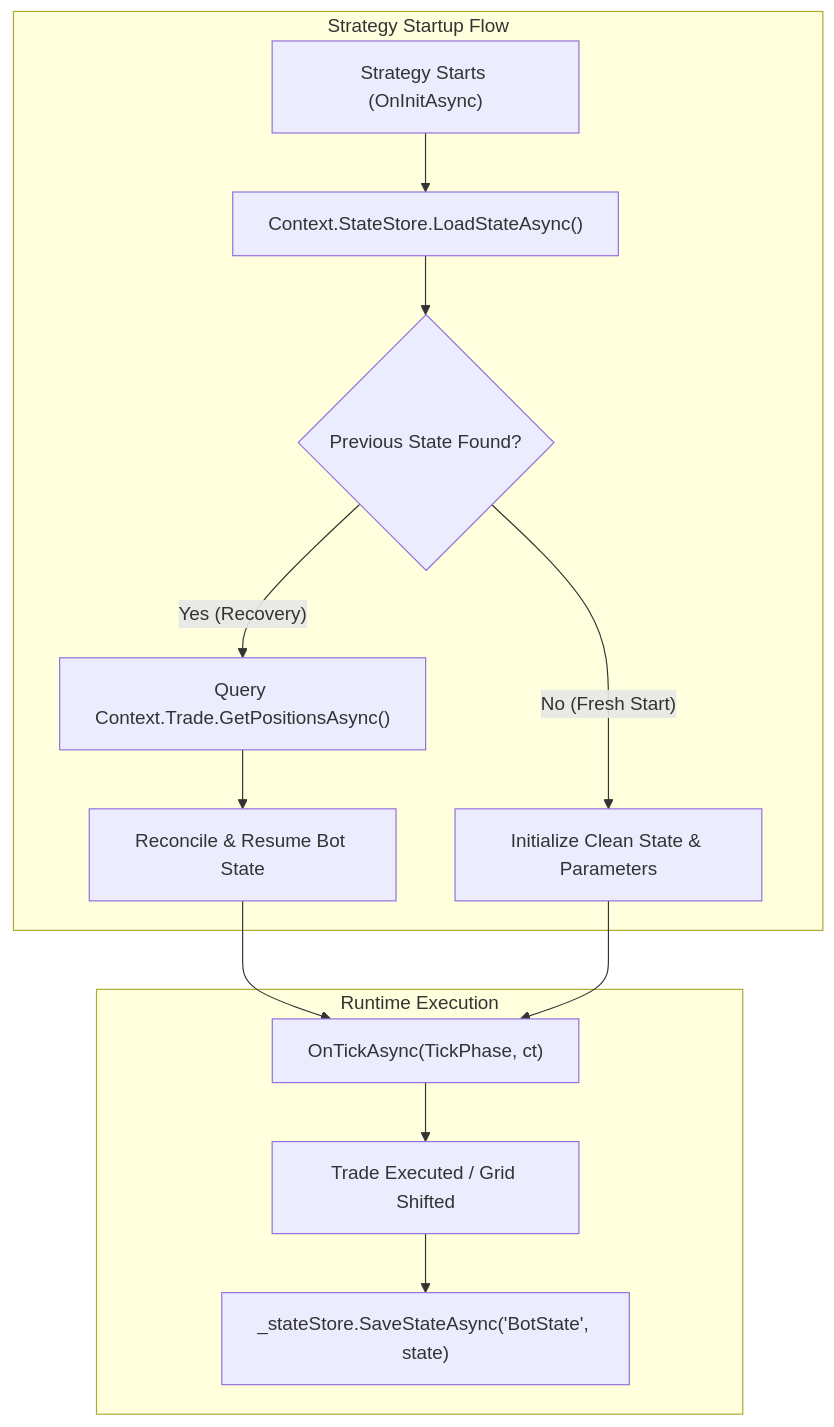
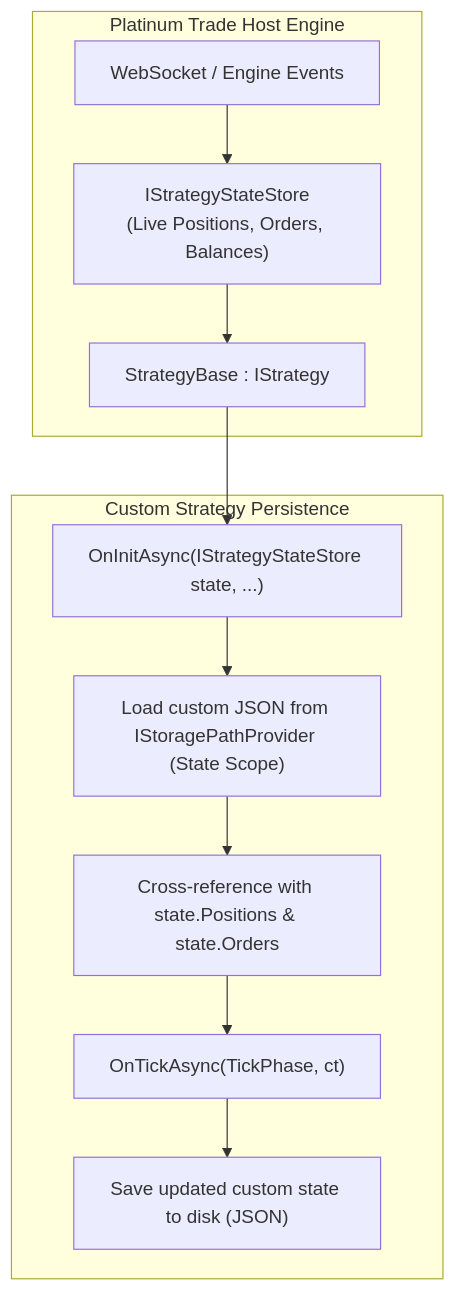
The diagram in docs/sdk/guides/state-persistence.md (vntradesoft/PlatinumTrade.Docs), drawn with Mermaid before and after one commit. The commit also changed other lines of this file, not shown here.

Commit message:
docs: clarify IStrategyStateStore vs IStoragePathProvider in state persistence guide

````diff
--- a/docs/sdk/guides/state-persistence.md
+++ b/docs/sdk/guides/state-persistence.md
@@ -19,19 +21,15 @@
 ```mermaid
 flowchart TD
-    subgraph StrategyLifecycle["Strategy Startup Flow"]
-        Start["Strategy Starts (OnInitAsync)"] --> LoadState["Context.StateStore.LoadStateAsync<MyBotState>()"]
-        LoadState --> HasState{"Previous State Found?"}
-        
-        HasState -- Yes (Recovery) --> SyncExchange["Query Context.Trade.GetPositionsAsync()"]
-        SyncExchange --> Reconcile["Reconcile & Resume Bot State"]
-        
-        HasState -- No (Fresh Start) --> InitFresh["Initialize Clean State & Parameters"]
+    subgraph HostEngine["Platinum Trade Host Engine"]
+        LiveFeed["WebSocket / Engine Events"] --> StateStore["IStrategyStateStore\n(Live Positions, Orders, Balances)"]
+        StateStore --> Strategy["StrategyBase : IStrategy"]
     end
 
-    subgraph RuntimeExecution["Runtime Execution"]
-        Reconcile --> RuntimeLoop["OnTickAsync(TickPhase, ct)"]
-        InitFresh --> RuntimeLoop
-        RuntimeLoop --> StateChange["Trade Executed / Grid Shifted"]
-        StateChange --> SaveState["_stateStore.SaveStateAsync('BotState', state)"]
+    subgraph StrategyStateFlow["Custom Strategy Persistence"]
+        Strategy --> Init["OnInitAsync(IStrategyStateStore state, ...)"]
+        Init --> ReadDisk["Load custom JSON from IStoragePathProvider (State Scope)"]
+        ReadDisk --> CheckStateStore["Cross-reference with state.Positions & state.Orders"]
+        CheckStateStore --> LiveExec["OnTickAsync(TickPhase, ct)"]
+        LiveExec --> WriteDisk["Save updated custom state to disk (JSON)"]
     end
 ```
````
